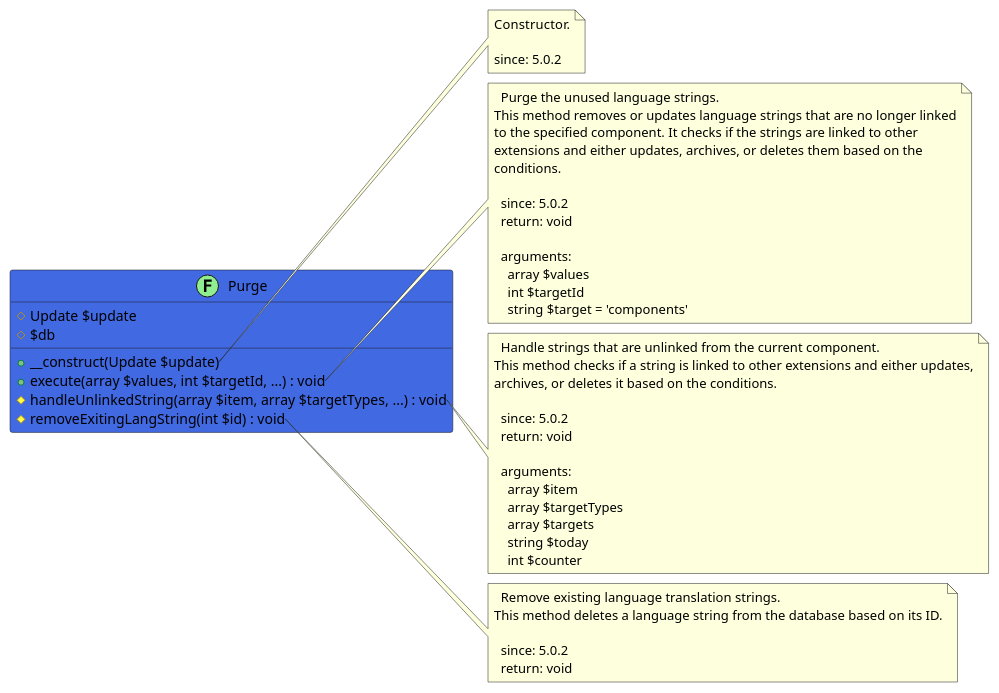
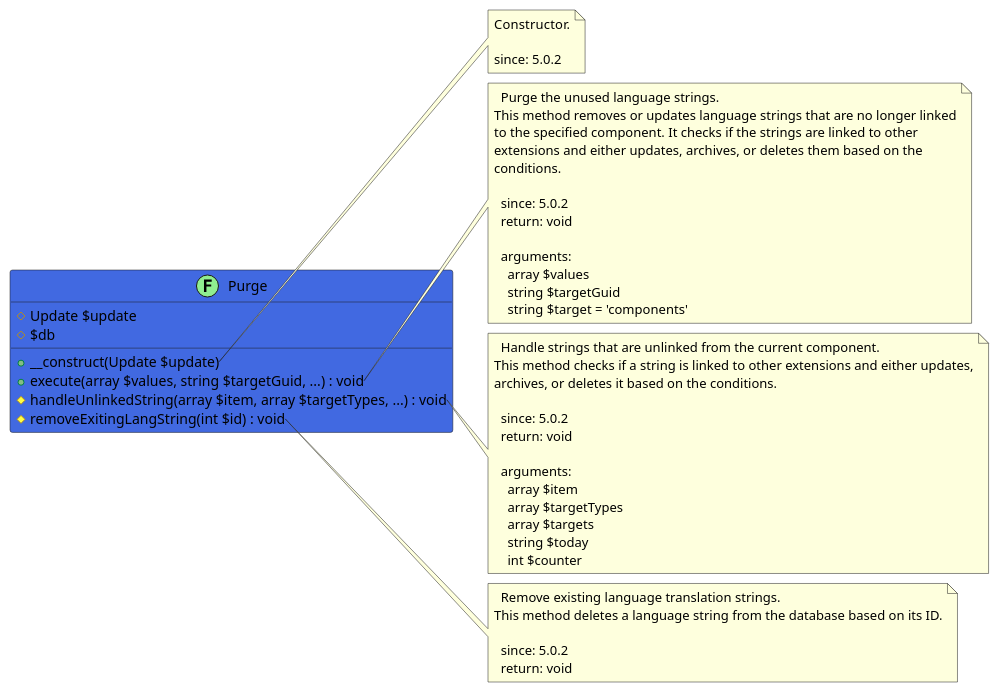
Before and after one commit to joomengine/jcb-compiler: the diagram in src/0b0e574c-aab4-4eaf-96d8-d7210d8ed93e/README.md, drawn with PlantUML. The commit also changed 558 other files, not shown here.

````diff
--- a/src/0b0e574c-aab4-4eaf-96d8-d7210d8ed93e/README.md
+++ b/src/0b0e574c-aab4-4eaf-96d8-d7210d8ed93e/README.md
@@ -12,59 +12,59 @@
 ```uml
 @startuml
 class Purge << (F,LightGreen) >> #RoyalBlue {
   # Update $update
   # $db
   + __construct(Update $update)
-  + execute(array $values, int $targetId, ...) : void
+  + execute(array $values, string $targetGuid, ...) : void
   # handleUnlinkedString(array $item, array $targetTypes, ...) : void
   # removeExitingLangString(int $id) : void
 }
 
 note right of Purge::__construct
   Constructor.
 
   since: 5.0.2
 end note
 
 note right of Purge::execute
   Purge the unused language strings.
 This method removes or updates language strings that are no longer linked
 to the specified component. It checks if the strings are linked to other
 extensions and either updates, archives, or deletes them based on the
 conditions.
 
   since: 5.0.2
   return: void
   
   arguments:
     array $values
-    int $targetId
+    string $targetGuid
     string $target = 'components'
 end note
 
 note right of Purge::handleUnlinkedString
   Handle strings that are unlinked from the current component.
 This method checks if a string is linked to other extensions and either updates,
 archives, or deletes it based on the conditions.
 
   since: 5.0.2
   return: void
   
   arguments:
     array $item
     array $targetTypes
     array $targets
     string $today
     int $counter
 end note
 
 note right of Purge::removeExitingLangString
   Remove existing language translation strings.
 This method deletes a language string from the database based on its ID.
 
   since: 5.0.2
   return: void
 end note
  
 @enduml
 ```
````
